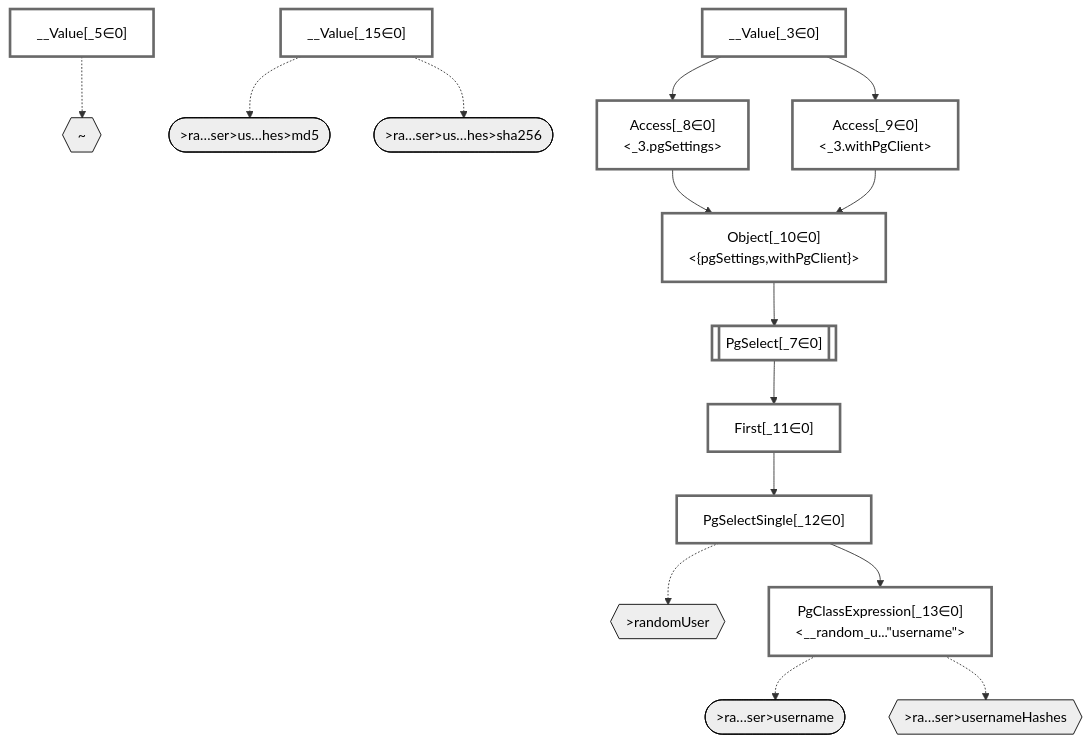
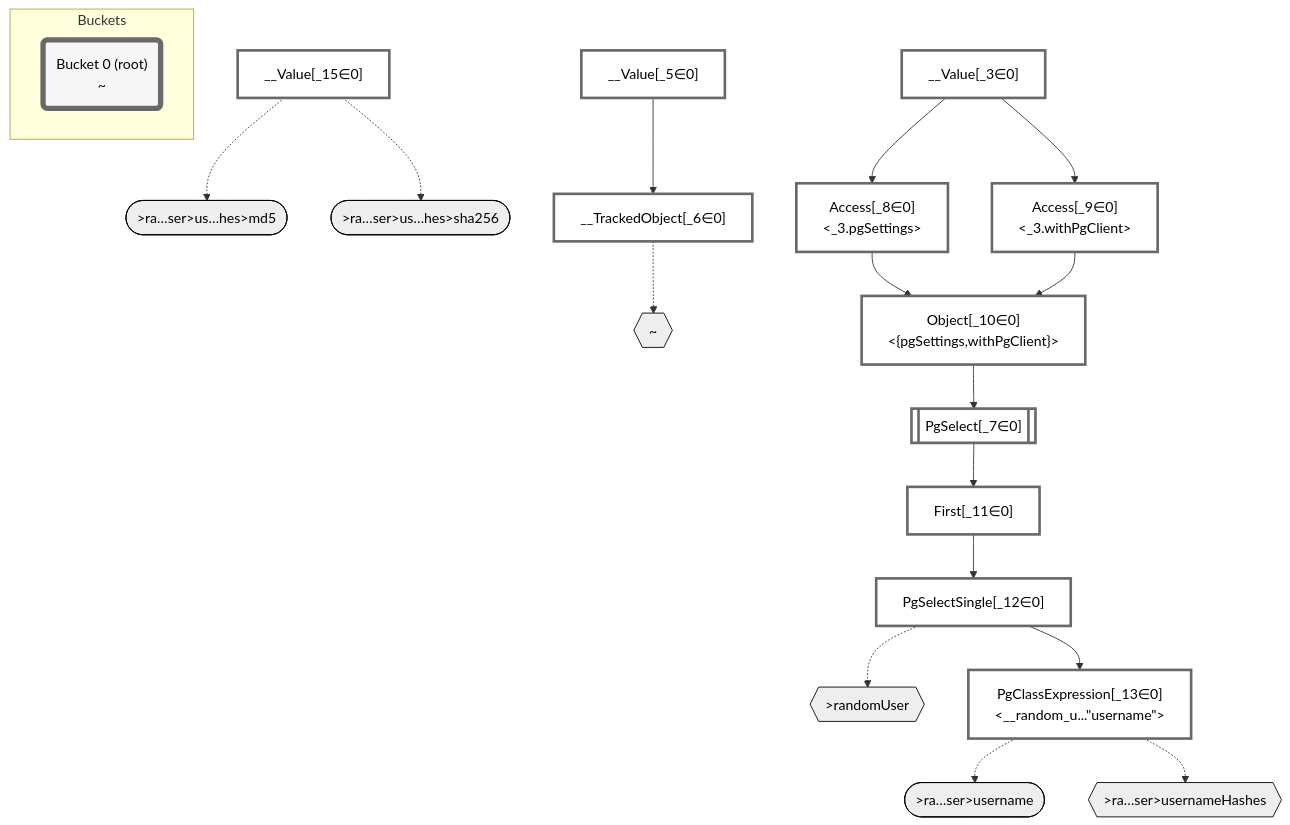
Before and after one commit to graphile/crystal: the diagram in packages/dataplan-pg/__tests__/queries/resolvers/basics-object.mermaid.md, drawn with Mermaid. The commit also changed 195 other files, not shown here.

````diff
--- a/packages/dataplan-pg/__tests__/queries/resolvers/basics-object.mermaid.md
+++ b/packages/dataplan-pg/__tests__/queries/resolvers/basics-object.mermaid.md
@@ -1,55 +1,63 @@
 ```mermaid
 graph TD
     classDef path fill:#eee,stroke:#000,color:#000
     classDef plan fill:#fff,stroke-width:3px,color:#000
     classDef itemplan fill:#fff,stroke-width:6px,color:#000
     classDef sideeffectplan fill:#f00,stroke-width:6px,color:#000
+    classDef bucket fill:#f6f6f6,color:#000,stroke-width:6px
 
     %% subgraph fields
     P1{{"~"}}:::path
     P2{{">randomUser"}}:::path
     P3([">ra…ser>username"]):::path
     %% P2 -.-> P3
     P4{{">ra…ser>usernameHashes"}}:::path
     P5([">ra…ser>us…hes>md5"]):::path
     %% P4 -.-> P5
     P6([">ra…ser>us…hes>sha256"]):::path
     %% P4 -.-> P6
     %% P2 -.-> P4
     %% P1 -.-> P2
     %% end
 
     %% define plans
     __Value_3["__Value[_3∈0]<br /><context>"]:::plan
     __Value_5["__Value[_5∈0]<br /><rootValue>"]:::plan
+    __TrackedObject_6["__TrackedObject[_6∈0]"]:::plan
     PgSelect_7[["PgSelect[_7∈0]<br /><random_user>"]]:::plan
     Access_8["Access[_8∈0]<br /><_3.pgSettings>"]:::plan
     Access_9["Access[_9∈0]<br /><_3.withPgClient>"]:::plan
     Object_10["Object[_10∈0]<br /><{pgSettings,withPgClient}>"]:::plan
     First_11["First[_11∈0]"]:::plan
     PgSelectSingle_12["PgSelectSingle[_12∈0]<br /><users>"]:::plan
     PgClassExpression_13["PgClassExpression[_13∈0]<br /><__random_u...#quot;username#quot;>"]:::plan
     __Value_15["__Value[_15∈0]"]:::plan
 
     %% plan dependencies
+    __Value_5 --> __TrackedObject_6
     Object_10 --> PgSelect_7
     __Value_3 --> Access_8
     __Value_3 --> Access_9
     Access_8 --> Object_10
     Access_9 --> Object_10
     PgSelect_7 --> First_11
     First_11 --> PgSelectSingle_12
     PgSelectSingle_12 --> PgClassExpression_13
 
     %% plan-to-path relationships
-    __Value_5 -.-> P1
+    __TrackedObject_6 -.-> P1
     PgSelectSingle_12 -.-> P2
     PgClassExpression_13 -.-> P3
     PgClassExpression_13 -.-> P4
     __Value_15 -.-> P5
     __Value_15 -.-> P6
 
     %% allocate buckets
     classDef bucket0 stroke:#696969
-    class __Value_3,__Value_5,PgSelect_7,Access_8,Access_9,Object_10,First_11,PgSelectSingle_12,PgClassExpression_13,__Value_15 bucket0
+    class __Value_3,__Value_5,__TrackedObject_6,PgSelect_7,Access_8,Access_9,Object_10,First_11,PgSelectSingle_12,PgClassExpression_13,__Value_15 bucket0
+
+    subgraph Buckets
+    Bucket0("Bucket 0 (root)<br />~"):::bucket
+    style Bucket0 stroke:#696969
+    end
 ```
````
